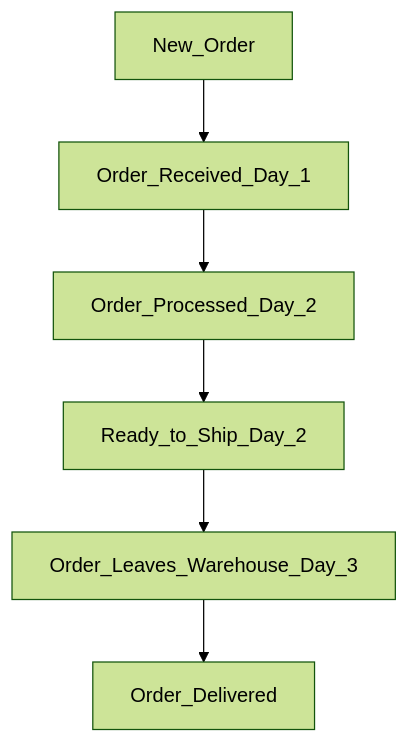
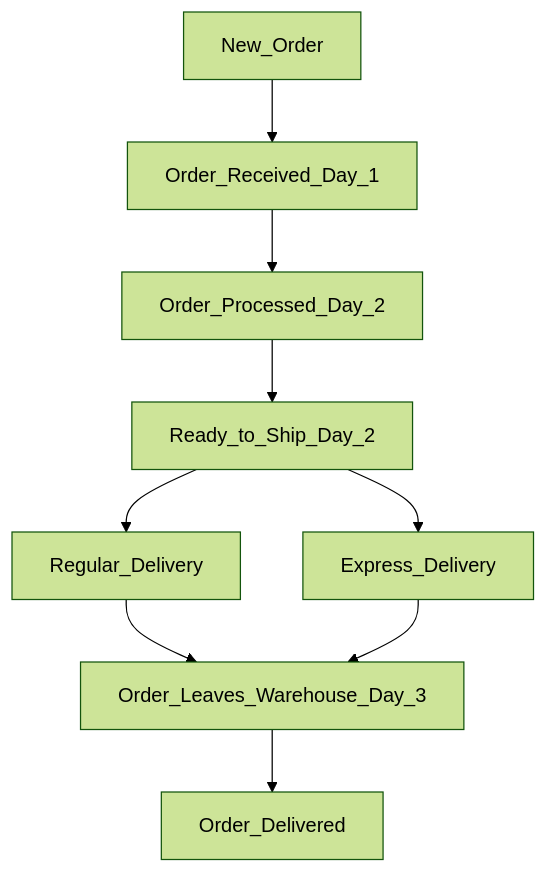
The diagram in README.md (DouglasBobo/Muesli-Sebastian-Deming), drawn with Mermaid (forest theme) before and after one commit. The commit also changed other lines of this file, not shown here.

````diff
--- a/README.md
+++ b/README.md
@@ -5,9 +5,11 @@
 ```mermaid
   flowchart TD;
       New_Order-->Order_Received_Day_1;
-      Order_Received_Day_1-->Order_Processed_Day_2;
+      Order_Received_Day_1-->Order_Processed_Day_2; 
       Order_Processed_Day_2-->Ready_to_Ship_Day_2;
-      Ready_to_Ship_Day_2-->Order_Leaves_Warehouse_Day_3;
+      Ready_to_Ship_Day_2-->Regular_Delivery;
+      Ready_to_Ship_Day_2-->Express_Delivery;
+      Regular_Delivery-->Order_Leaves_Warehouse_Day_3;
+      Express_Delivery-->Order_Leaves_Warehouse_Day_3;
       Order_Leaves_Warehouse_Day_3-->Order_Delivered;
-      
 ```
````
